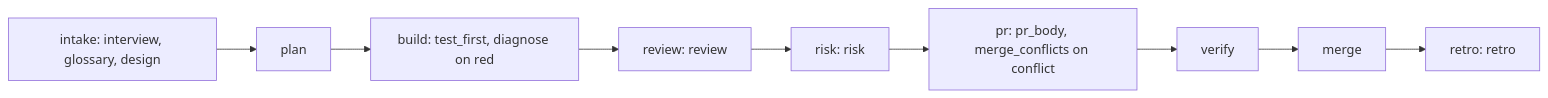
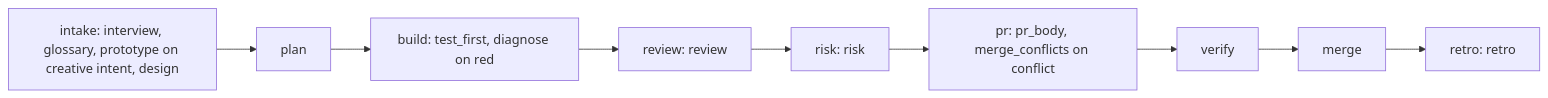
The diagram in docs/skills/README.md (diegoaltoworks/forger), drawn with Mermaid before and after one commit. The commit also changed other lines of this file and 14 other files, not shown here.

Commit message:
feat: a prototype slot builds contrasting throwaway concepts before tickets on creative work (#232) (#247)

````diff
--- a/docs/skills/README.md
+++ b/docs/skills/README.md
@@ -34,11 +34,11 @@
 ```mermaid
 flowchart LR
-    I[intake: interview, glossary, design] --> P[plan]
+    I[intake: interview, glossary, prototype on creative intent, design] --> P[plan]
     P --> B[build: test_first, diagnose on red]
     B --> R[review: review]
     R --> K[risk: risk]
     K --> PR[pr: pr_body, merge_conflicts on conflict]
     PR --> V[verify]
     V --> M[merge]
     M --> T[retro: retro]
 ```
````
